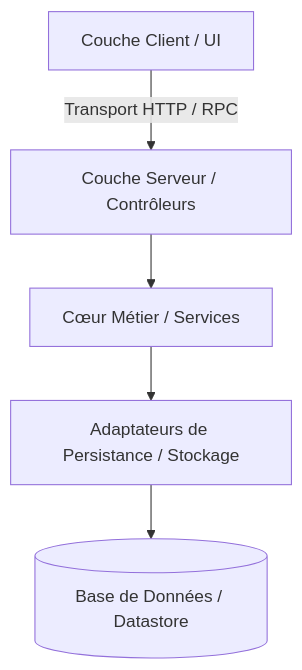
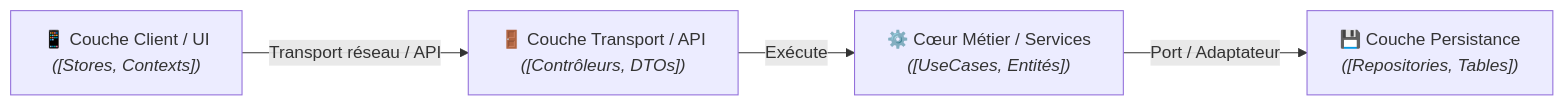
One commit to ngdo-pro/nanko changed the diagram in .specs/templates/DOMAIN_TECH_TEMPLATE.md. Above: the diagram before and after it, drawn with Mermaid. The commit also changed other lines of this file and 8 other files, not shown here.

````diff
--- a/.specs/templates/DOMAIN_TECH_TEMPLATE.md
+++ b/.specs/templates/DOMAIN_TECH_TEMPLATE.md
@@ -19,8 +10,8 @@
 ```mermaid
-flowchart TD
-    %% Diagramme d'architecture illustrant le découpage en couches ou le flux de données technique
-    Client[Couche Client / UI] -->|Transport HTTP / RPC| Server[Couche Serveur / Contrôleurs]
-    Server --> Core[Cœur Métier / Services]
-    Core --> Persistence[Adaptateurs de Persistance / Stockage]
-    Persistence --> Datastore[(Base de Données / Datastore)]
+flowchart LR
+    %% Flux horizontal épuré illustrant les flux d'appels entre couches
+    Client["📱 Couche Client / UI<br><i>([Stores, Contexts])</i>"]
+    -->|Transport réseau / API| Transport["🚪 Couche Transport / API<br><i>([Contrôleurs, DTOs])</i>"]
+    Transport -->|Exécute| Core["⚙️ Cœur Métier / Services<br><i>([UseCases, Entités])</i>"]
+    Core -->|Port / Adaptateur| Data["💾 Couche Persistance<br><i>([Repositories, Tables])</i>"]
 ```
````
